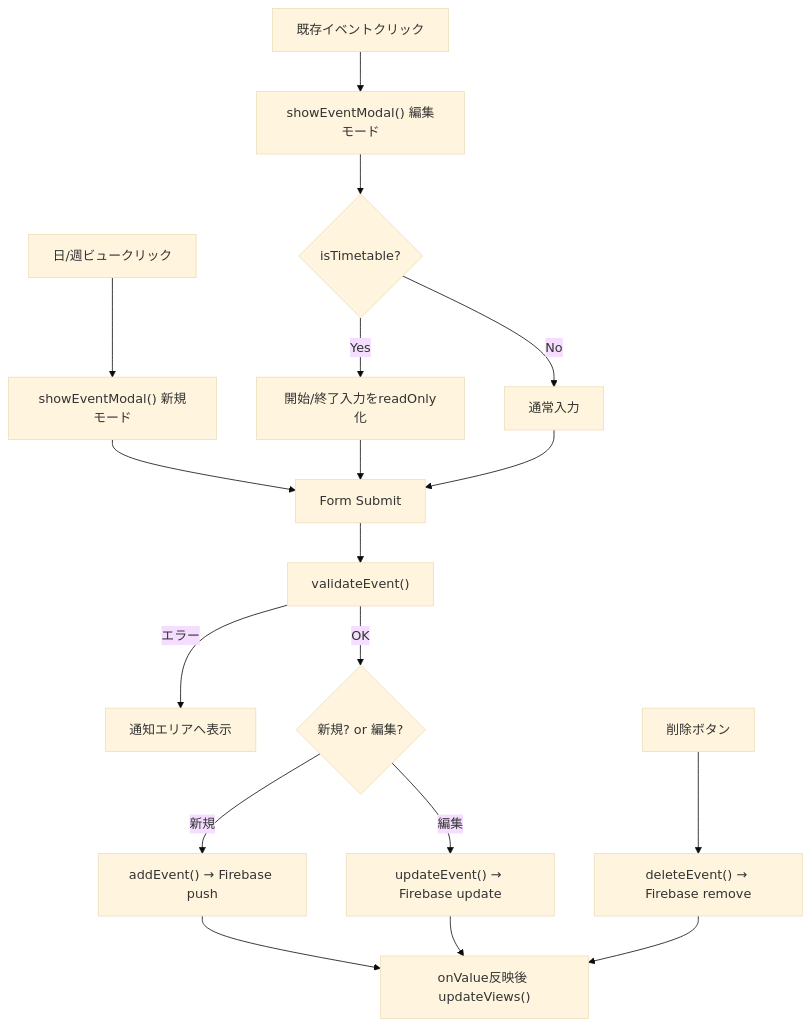
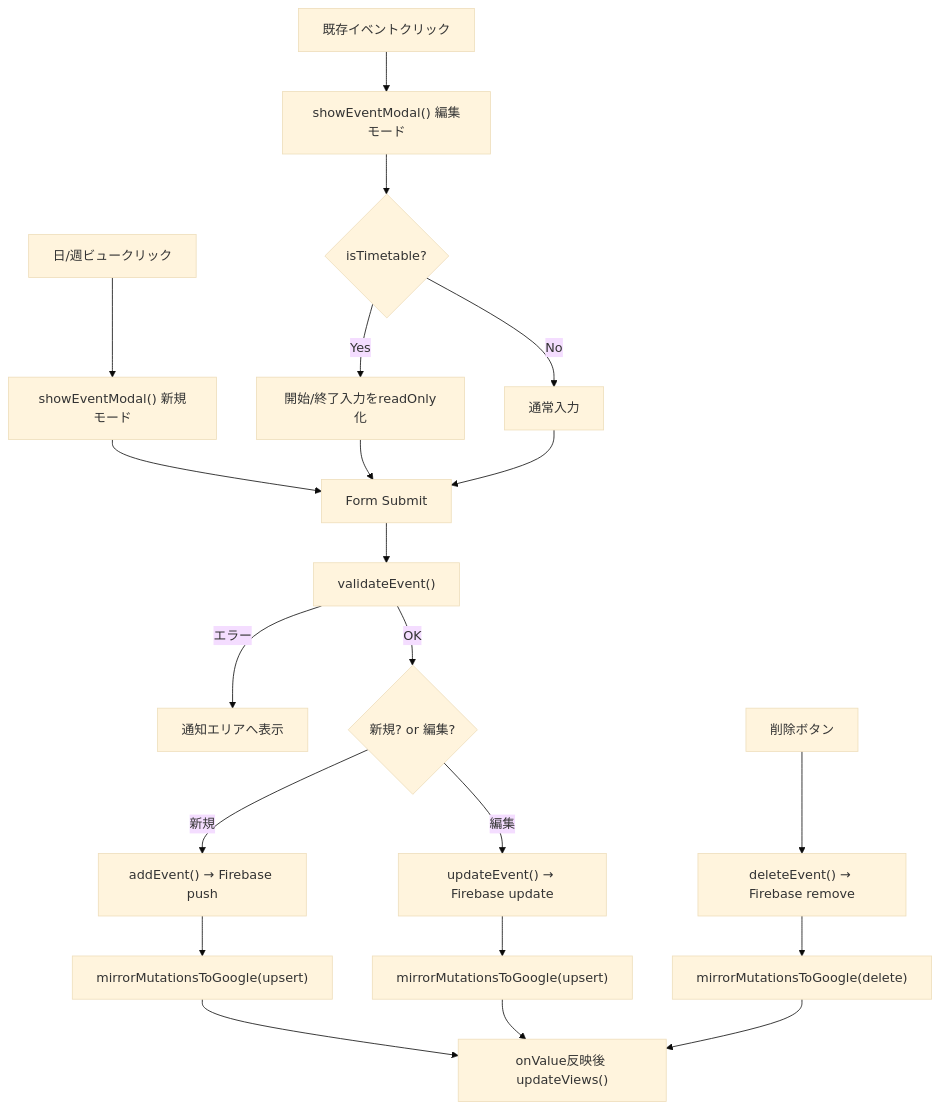
One commit to kosei-doi/schedule_mgr changed the fourth of 9 diagrams in flowchart.md. Above: the diagram before and after it, drawn with Mermaid (base theme). The commit also changed other lines of this file and 8 other files, not shown here.

````diff
--- a/flowchart.md
+++ b/flowchart.md
@@ -146,20 +149,23 @@
 ```mermaid
 flowchart TD
     A["日/週ビュークリック"] --> B["showEventModal() 新規モード"]
     C["既存イベントクリック"] --> D["showEventModal() 編集モード"]
     D --> E{"isTimetable?"}
     E -->|Yes| F["開始/終了入力をreadOnly化"]
     E -->|No| G["通常入力"]
     B --> H["Form Submit"]
     F --> H
     G --> H
     H --> I["validateEvent()"]
     I -->|エラー| J["通知エリアへ表示"]
     I -->|OK| K{"新規? or 編集?"}
     K -->|新規| L["addEvent() → Firebase push"]
     K -->|編集| M["updateEvent() → Firebase update"]
-    L --> N["onValue反映後 updateViews()"]
-    M --> N
+    L --> L1["mirrorMutationsToGoogle(upsert)"]
+    M --> M1["mirrorMutationsToGoogle(upsert)"]
+    L1 --> N["onValue反映後 updateViews()"]
+    M1 --> N
     O["削除ボタン"] --> P["deleteEvent() → Firebase remove"]
-    P --> N
+    P --> P1["mirrorMutationsToGoogle(delete)"]
+    P1 --> N
 ```
````
